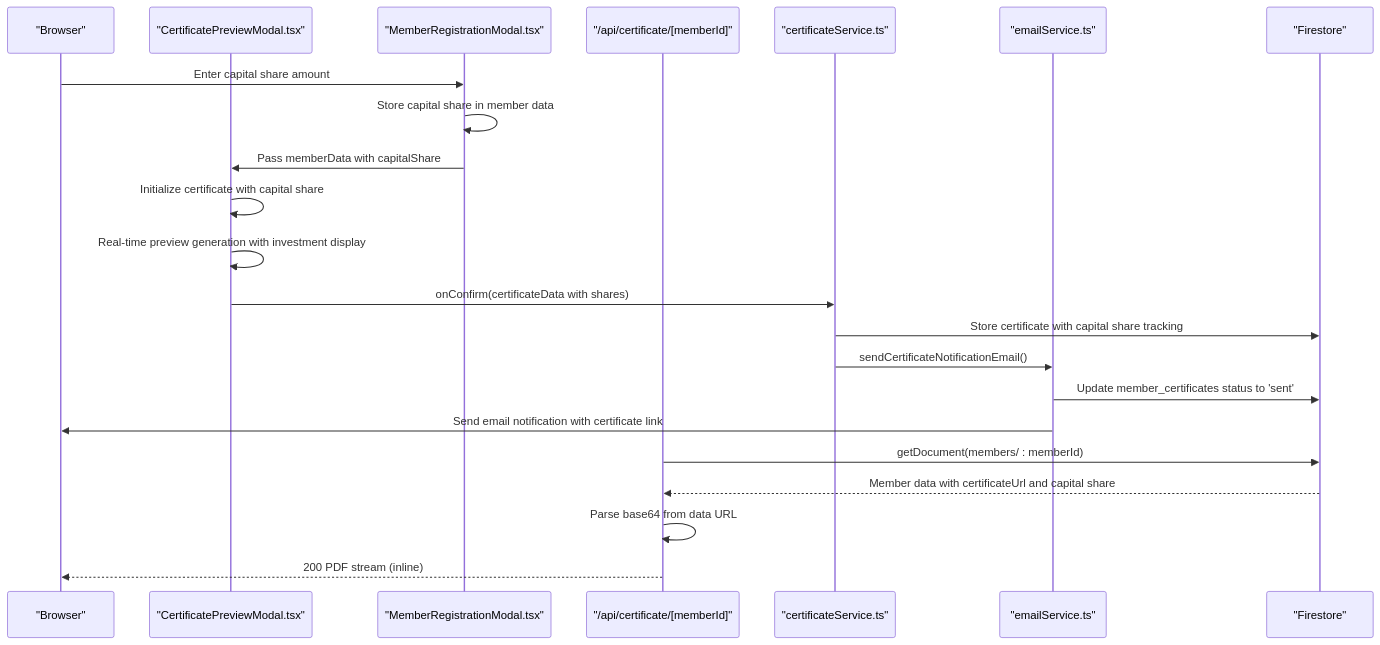
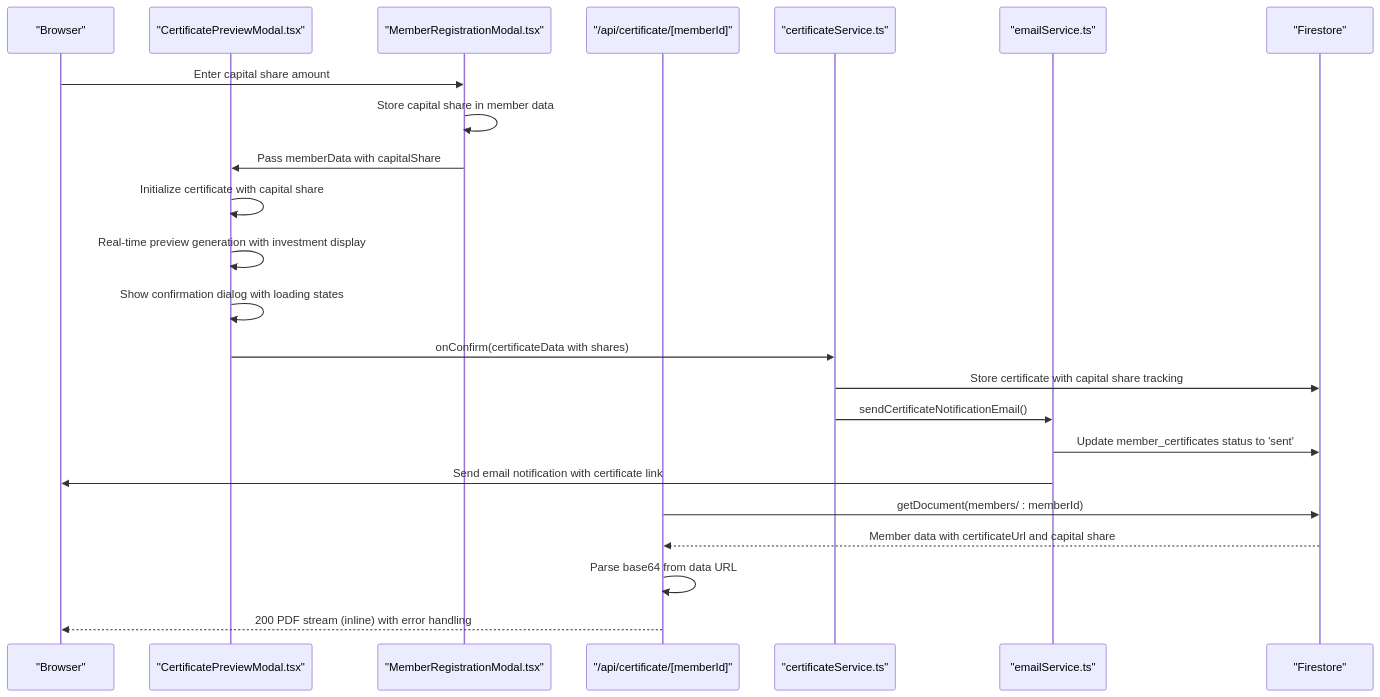
Before and after one commit to Unsure-bry/sampacoop_system: the second of 7 diagrams in .qoder/repowiki/en/content/Email & Notification System/Certificate Generation System.md, drawn with Mermaid. The commit also changed other lines of this file and 9 other files, not shown here.

````diff
--- a/.qoder/repowiki/en/content/Email & Notification System/Certificate Generation System.md
+++ b/.qoder/repowiki/en/content/Email & Notification System/Certificate Generation System.md
@@ -175,24 +177,25 @@
 ```mermaid
 sequenceDiagram
 participant Client as "Browser"
 participant Preview as "CertificatePreviewModal.tsx"
 participant Registration as "MemberRegistrationModal.tsx"
 participant API as "/api/certificate/[memberId]"
 participant Service as "certificateService.ts"
 participant Email as "emailService.ts"
 participant FS as "Firestore"
 Client->>Registration : Enter capital share amount
 Registration->>Registration : Store capital share in member data
 Registration->>Preview : Pass memberData with capitalShare
 Preview->>Preview : Initialize certificate with capital share
 Preview->>Preview : Real-time preview generation with investment display
+Preview->>Preview : Show confirmation dialog with loading states
 Preview->>Service : onConfirm(certificateData with shares)
 Service->>FS : Store certificate with capital share tracking
 Service->>Email : sendCertificateNotificationEmail()
 Email->>FS : Update member_certificates status to 'sent'
 Email->>Client : Send email notification with certificate link
 API->>FS : getDocument(members/ : memberId)
 FS-->>API : Member data with certificateUrl and capital share
 API->>API : Parse base64 from data URL
-API-->>Client : 200 PDF stream (inline)
+API-->>Client : 200 PDF stream (inline) with error handling
 ```
````
